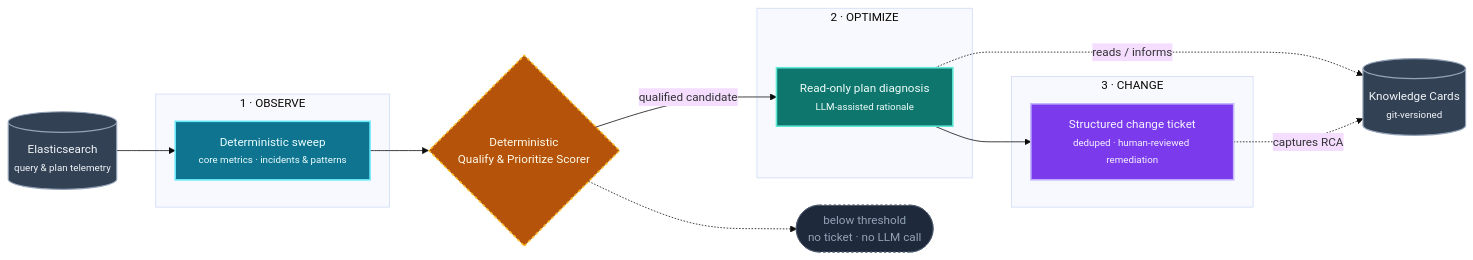
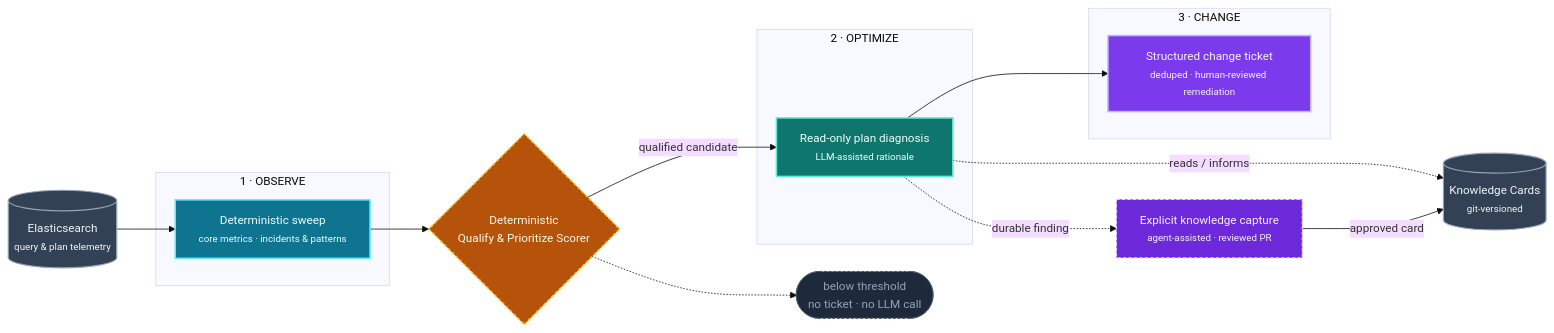
Before and after one commit to kkumar-analytics/data-ai-architecture-decisions: the second of 4 diagrams in case-studies/ai-observability-platform.md, drawn with Mermaid. The commit also changed other lines of this file and 2 other files, not shown here.

Commit message:
align knowledge lifecycle with implemented state

````diff
--- a/case-studies/ai-observability-platform.md
+++ b/case-studies/ai-observability-platform.md
@@ -50,36 +50,39 @@
 ```mermaid
 %%{init: {"theme": "base", "themeVariables": {"fontSize": "15px"}}}%%
 flowchart LR
     classDef observe fill:#0e7490,stroke:#67e8f9,color:#ecfeff,stroke-width:2px
     classDef optimize fill:#0f766e,stroke:#5eead4,color:#f0fdfa,stroke-width:2px
     classDef change fill:#7c3aed,stroke:#c4b5fd,color:#f5f3ff,stroke-width:2px
+    classDef capture fill:#6d28d9,stroke:#ddd6fe,color:#f5f3ff,stroke-width:1.5px,stroke-dasharray: 4 3
     classDef gate fill:#b45309,stroke:#fbbf24,color:#fffbeb,stroke-width:2px,stroke-dasharray: 4 3
     classDef store fill:#334155,stroke:#94a3b8,color:#f1f5f9,stroke-width:1.5px
     classDef discard fill:#1e293b,stroke:#475569,color:#94a3b8,stroke-dasharray: 3 3
 
     Telemetry[("Elasticsearch<br/><small>query & plan telemetry</small>")]:::store
 
     subgraph Observe["1 · OBSERVE"]
         Sweep["Deterministic sweep<br/><small>core metrics · incidents & patterns</small>"]:::observe
     end
 
     Gate{"Deterministic<br/>Qualify & Prioritize Scorer"}:::gate
 
     subgraph Optimize["2 · OPTIMIZE"]
         Explain["Read-only plan diagnosis<br/><small>LLM-assisted rationale</small>"]:::optimize
     end
 
     subgraph Change["3 · CHANGE"]
         Ticket["Structured change ticket<br/><small>deduped · human-reviewed remediation</small>"]:::change
     end
 
     Discard(["below threshold<br/>no ticket · no LLM call"]):::discard
+    Capture["Explicit knowledge capture<br/><small>agent-assisted · reviewed PR</small>"]:::capture
     KB[("Knowledge Cards<br/><small>git-versioned</small>")]:::store
 
     Telemetry --> Sweep --> Gate
     Gate -->|"qualified candidate"| Explain
     Gate -.-> Discard
     Explain --> Ticket
     Explain -.->|"reads / informs"| KB
-    Ticket -.->|"captures RCA"| KB
+    Explain -.->|"durable finding"| Capture
+    Capture -->|"approved card"| KB
 ```
````
